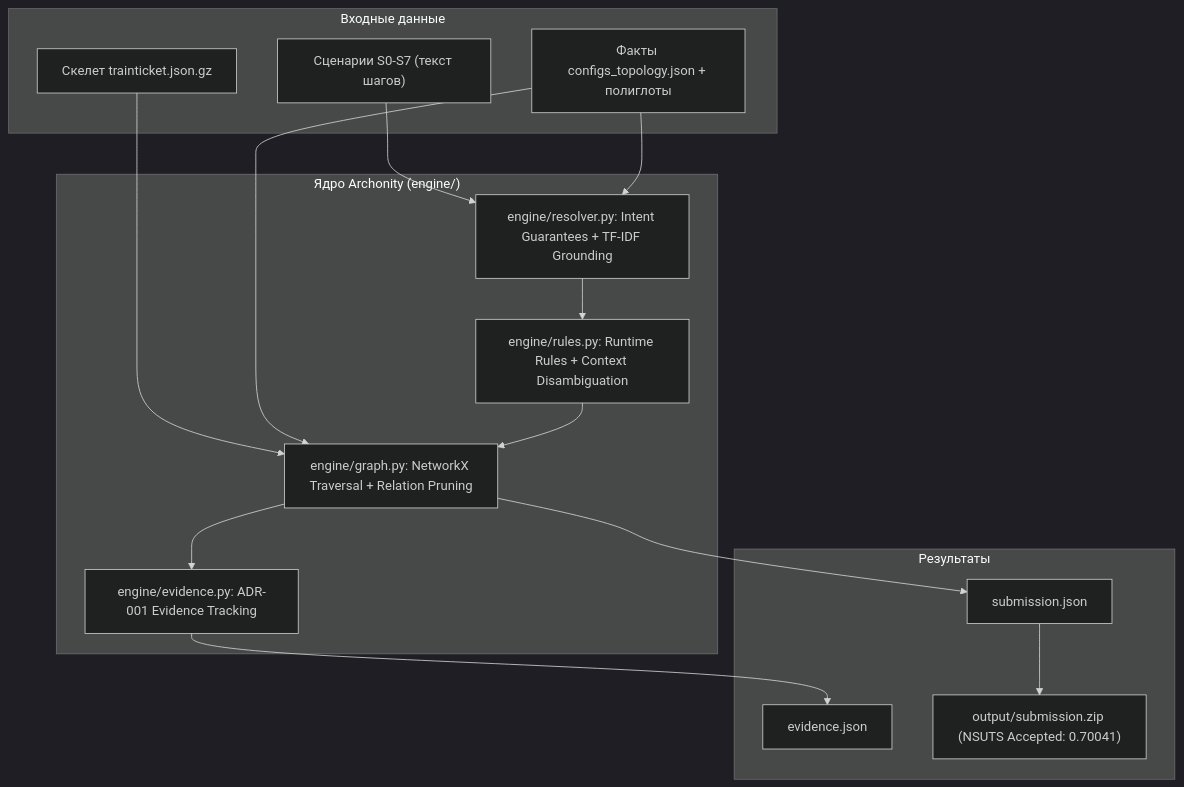
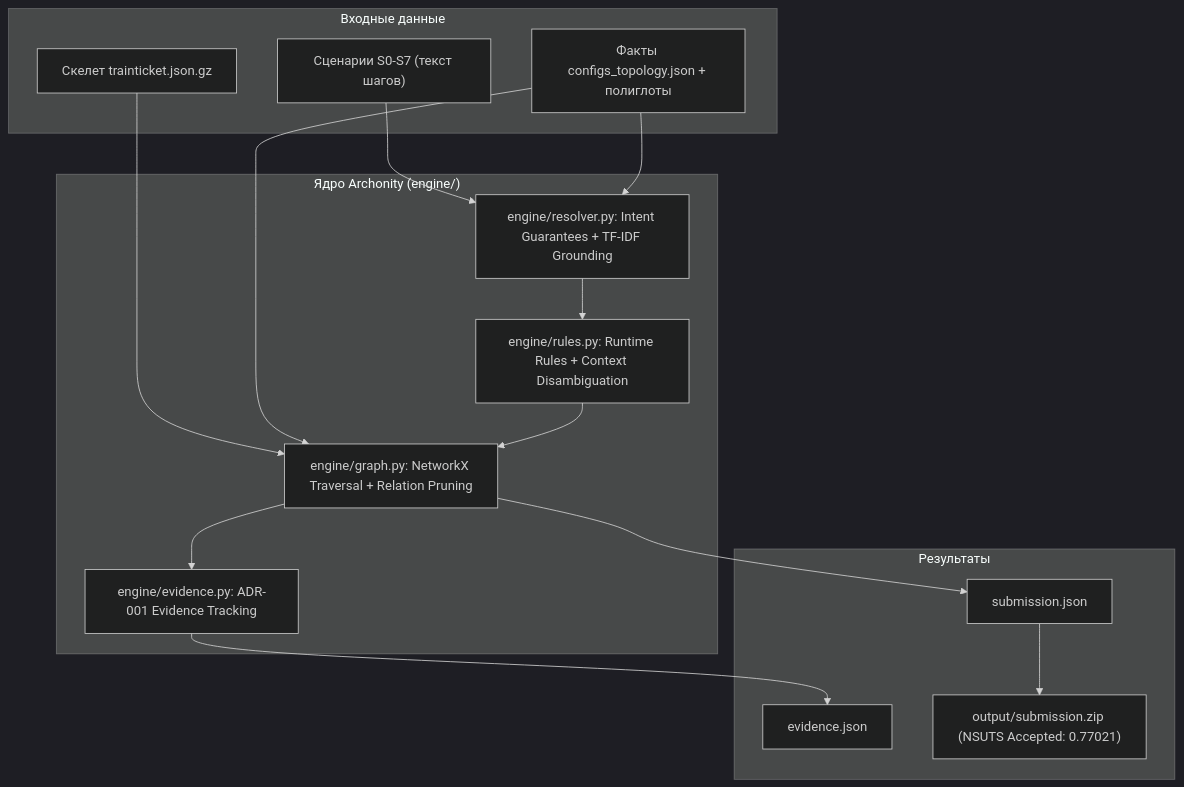
The diagram in docs/roadmap.md (teamv39/archonity), drawn with Mermaid (dark theme) before and after one commit. The commit also changed other lines of this file, not shown here.

````diff
--- a/docs/roadmap.md
+++ b/docs/roadmap.md
@@ -64,32 +64,32 @@
 ```mermaid
 flowchart TD
     subgraph INPUT["Входные данные"]
         SKEL["Скелет trainticket.json.gz"]
         SCEN["Сценарии S0-S7 (текст шагов)"]
         FACTS["Факты configs_topology.json + полиглоты"]
     end
 
     subgraph ENGINE["Ядро Archonity (engine/)"]
         RESOLVER["engine/resolver.py: Intent Guarantees + TF-IDF Grounding"]
         RULES["engine/rules.py: Runtime Rules + Context Disambiguation"]
         GRAPH["engine/graph.py: NetworkX Traversal + Relation Pruning"]
         EVIDENCE["engine/evidence.py: ADR-001 Evidence Tracking"]
     end
 
     subgraph OUTPUT["Результаты"]
         SUB["submission.json"]
         EVID["evidence.json"]
-        ZIP["output/submission.zip (NSUTS Accepted: 0.70041)"]
+        ZIP["output/submission.zip (NSUTS Accepted: 0.77021)"]
     end
 
     SKEL --> GRAPH
     SCEN --> RESOLVER
     FACTS --> RESOLVER
     FACTS --> GRAPH
     RESOLVER --> RULES
     RULES --> GRAPH
     GRAPH --> EVIDENCE
     GRAPH --> SUB
     EVIDENCE --> EVID
     SUB --> ZIP
 ```
````
